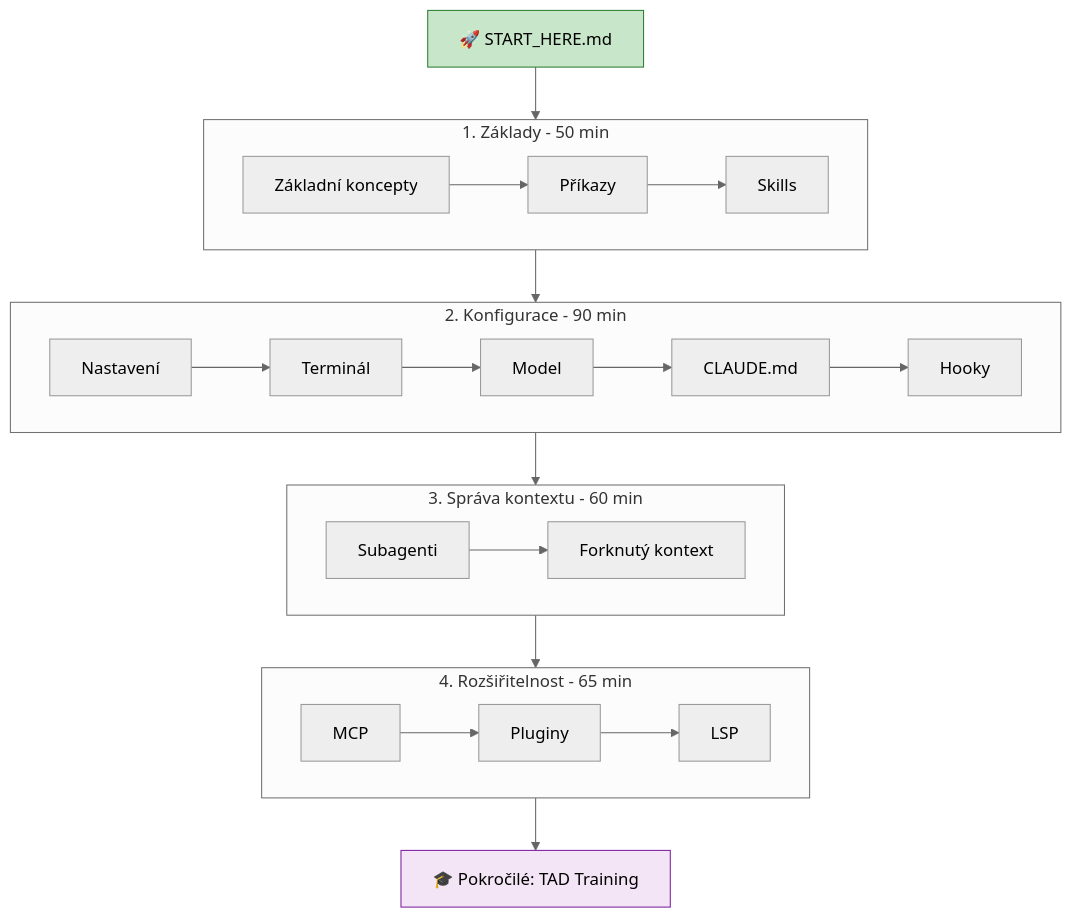
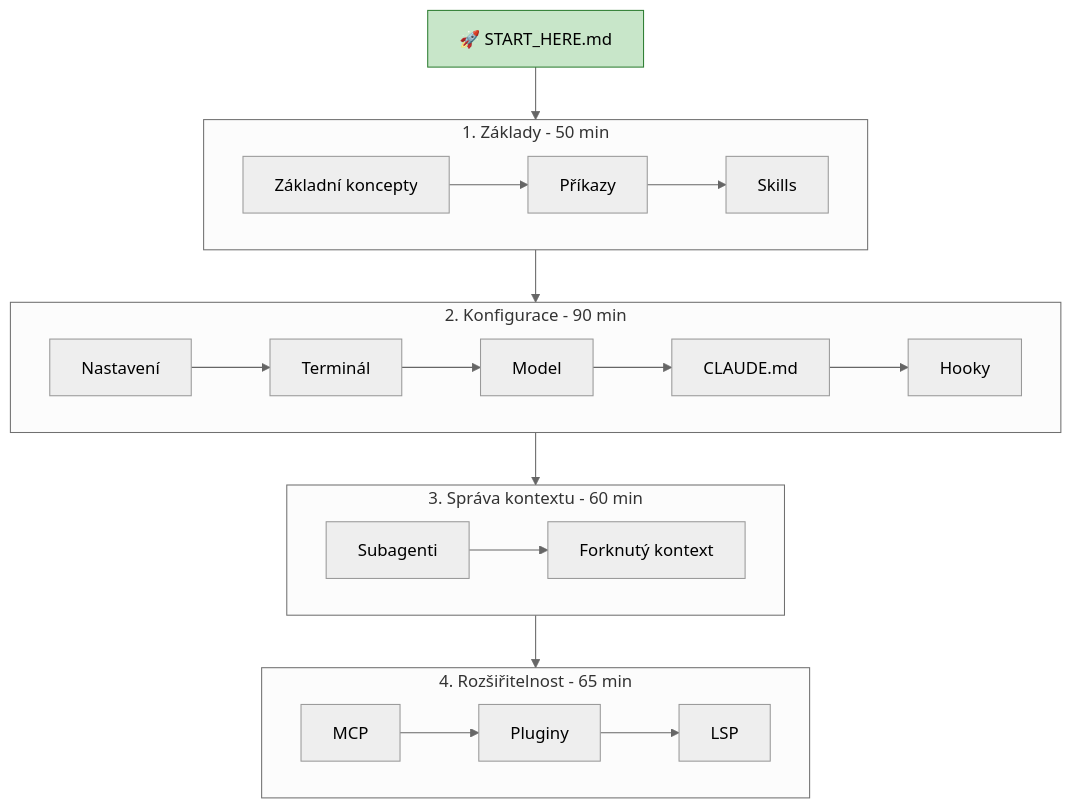
Before and after one commit to StrouhalAAA/AgenticEngineer: the second of 3 diagrams in visual-schema.md, drawn with Mermaid (neutral theme). The commit also changed other lines of this file and 10 other files, not shown here.

````diff
--- a/visual-schema.md
+++ b/visual-schema.md
@@ -28,31 +28,28 @@
 ```mermaid
 flowchart TD
     START[🚀 START_HERE.md] --> L1
 
     subgraph L1["1. Základy - 50 min"]
         F1[Základní koncepty] --> F2[Příkazy] --> F3[Skills]
     end
 
     L1 --> L2
 
     subgraph L2["2. Konfigurace - 90 min"]
         C1[Nastavení] --> C2[Terminál] --> C3[Model] --> C4[CLAUDE.md] --> C5[Hooky]
     end
 
     L2 --> L3
 
     subgraph L3["3. Správa kontextu - 60 min"]
         X1[Subagenti] --> X2[Forknutý kontext]
     end
 
     L3 --> L4
 
     subgraph L4["4. Rozšiřitelnost - 65 min"]
         E1[MCP] --> E2[Pluginy] --> E3[LSP]
     end
 
-    L4 --> ADV[🎓 Pokročilé: TAD Training]
-
     style START fill:#c8e6c9,stroke:#2e7d32
-    style ADV fill:#f3e5f5,stroke:#7b1fa2
 ```
````
